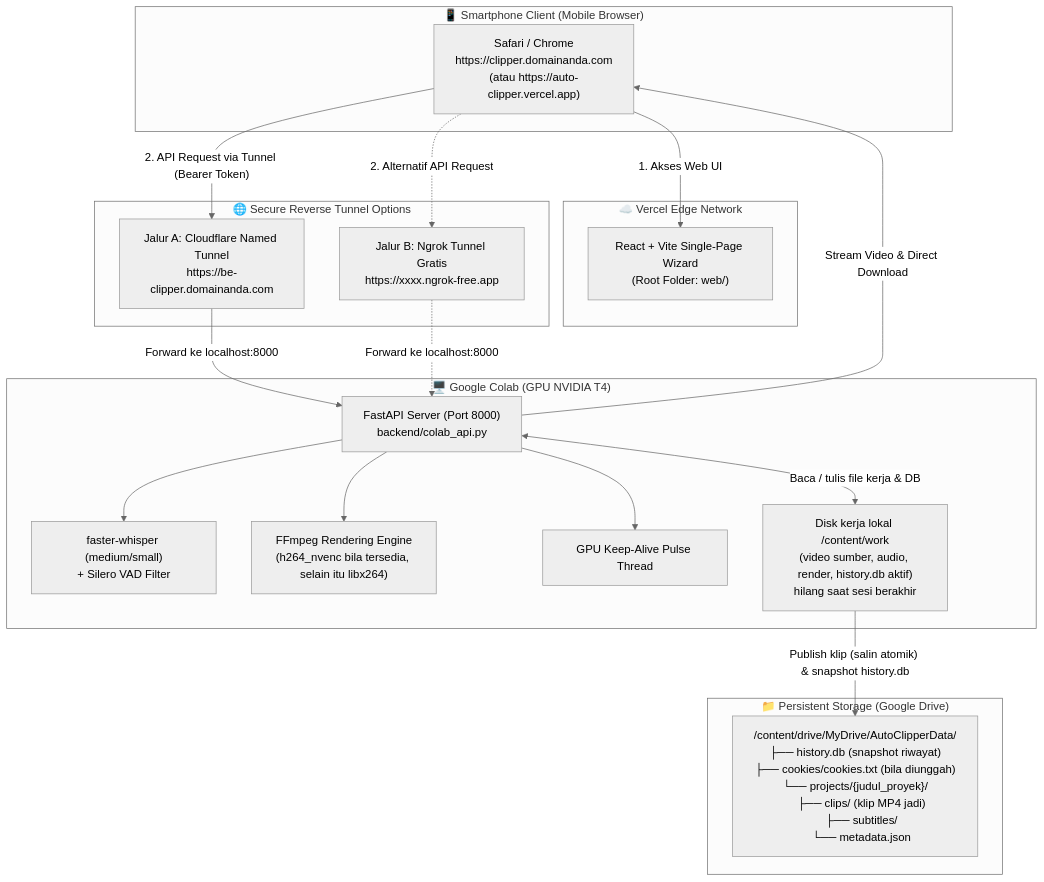
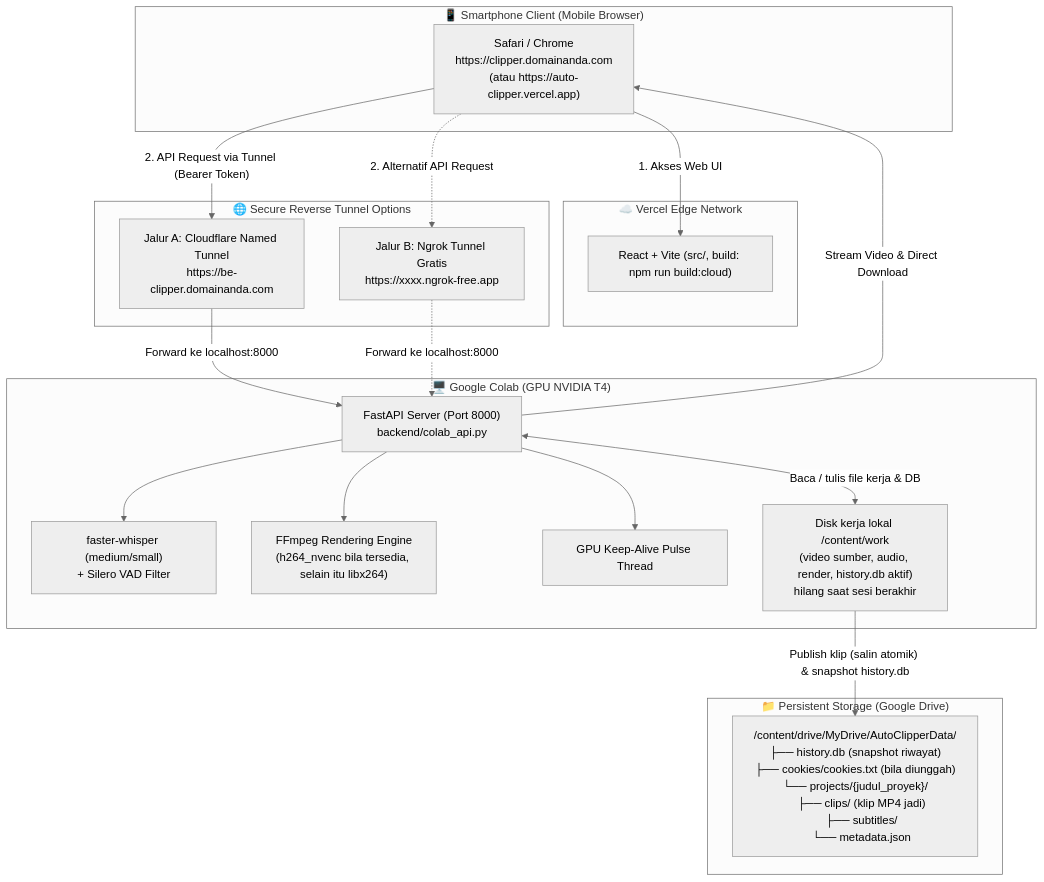
One commit to DhimasPH/auto-clipper changed the diagram in docs/tutorial-auto-clipper-cloud.md. Above: the diagram before and after it, drawn with Mermaid (neutral theme). The commit also changed other lines of this file and 14 other files, not shown here.

````diff
--- a/docs/tutorial-auto-clipper-cloud.md
+++ b/docs/tutorial-auto-clipper-cloud.md
@@ -60,39 +60,39 @@
 ```mermaid
 graph TD
     subgraph Client["📱 Smartphone Client (Mobile Browser)"]
         BrowserA["Safari / Chrome<br/>https://clipper.domainanda.com<br/>(atau https://auto-clipper.vercel.app)"]
     end
 
     subgraph Hosting["☁️ Vercel Edge Network"]
-        Vercel["React + Vite Single-Page Wizard<br/>(Root Folder: web/)"]
+        Vercel["React + Vite (src/, build: npm run build:cloud)"]
     end
 
     subgraph Tunneling["🌐 Secure Reverse Tunnel Options"]
         CFTunnel["Jalur A: Cloudflare Named Tunnel<br/>https://be-clipper.domainanda.com"]
         NgrokTunnel["Jalur B: Ngrok Tunnel Gratis<br/>https://xxxx.ngrok-free.app"]
     end
 
     subgraph Compute["🖥️ Google Colab (GPU NVIDIA T4)"]
         Uvicorn["FastAPI Server (Port 8000)<br/>backend/colab_api.py"]
         Whisper["faster-whisper (medium/small)<br/>+ Silero VAD Filter"]
         FFmpeg["FFmpeg Rendering Engine<br/>(h264_nvenc bila tersedia, selain itu libx264)"]
         KeepAlive["GPU Keep-Alive Pulse Thread"]
         Work["Disk kerja lokal /content/work<br/>(video sumber, audio, render, history.db aktif)<br/>hilang saat sesi berakhir"]
     end
 
     subgraph Persist["📁 Persistent Storage (Google Drive)"]
         GDrive["/content/drive/MyDrive/AutoClipperData/<br/>├── history.db (snapshot riwayat)<br/>├── cookies/cookies.txt (bila diunggah)<br/>└── projects/{judul_proyek}/<br/>    ├── clips/ (klip MP4 jadi)<br/>    ├── subtitles/<br/>    └── metadata.json"]
     end
 
     BrowserA -->|"1. Akses Web UI"| Vercel
     BrowserA -->|"2. API Request via Tunnel (Bearer Token)"| CFTunnel
     BrowserA -.->|"2. Alternatif API Request"| NgrokTunnel
     CFTunnel -->|"Forward ke localhost:8000"| Uvicorn
     NgrokTunnel -.->|"Forward ke localhost:8000"| Uvicorn
     Uvicorn --> Whisper
     Uvicorn --> FFmpeg
     Uvicorn --> KeepAlive
     Uvicorn <-->|"Baca / tulis file kerja & DB"| Work
     Work -->|"Publish klip (salin atomik) & snapshot history.db"| GDrive
     Uvicorn -->|"Stream Video & Direct Download"| BrowserA
 ```
````
